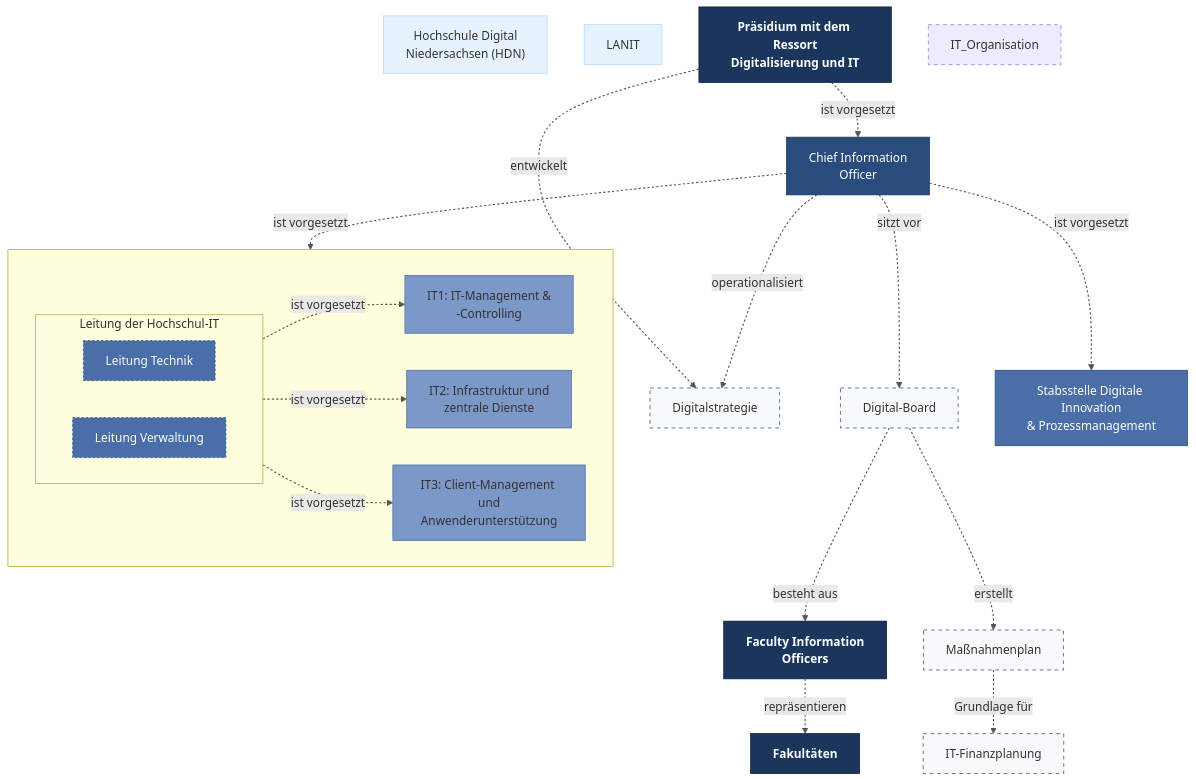
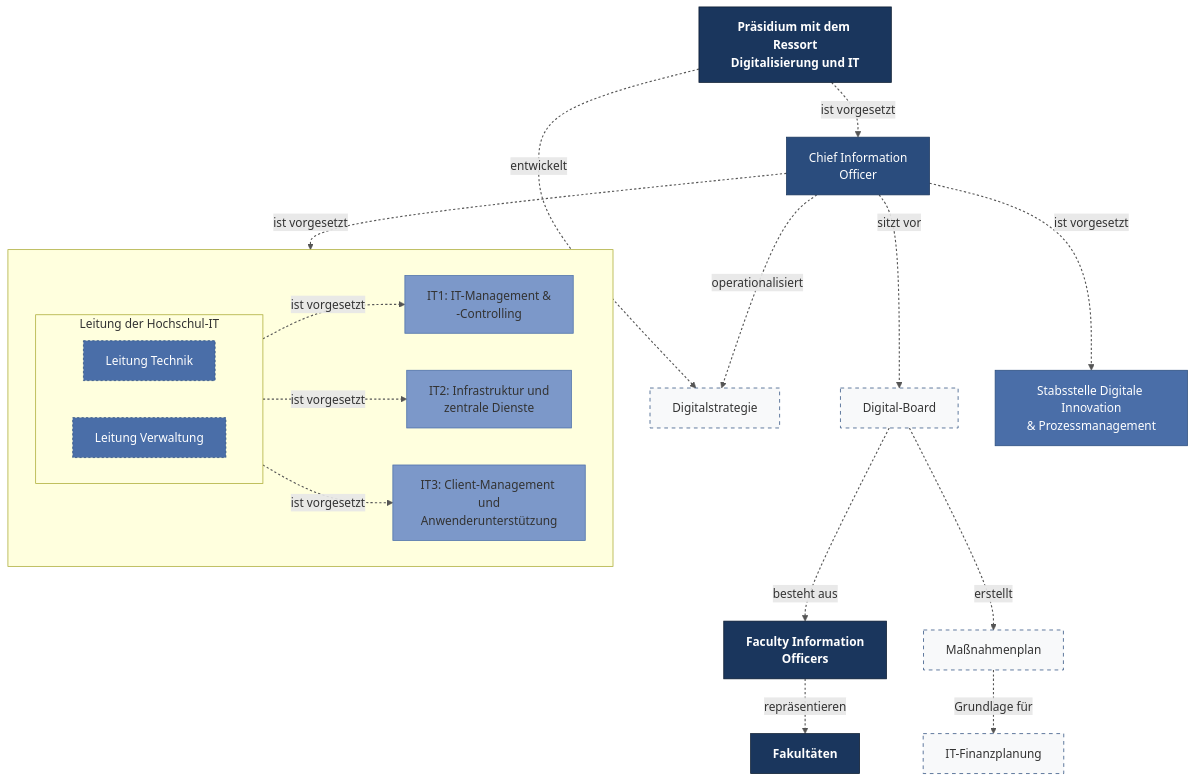
One commit to Hochschule-Hannover/digital-strategie changed the diagram in 20-organisation.mmd. Above: the diagram before and after it, drawn with Mermaid. The commit also changed other lines of this file and 5 other files, not shown here.

```diff
--- a/20-organisation.mmd
+++ b/20-organisation.mmd
@@ -1,114 +1,107 @@
 %%{init: {
   "theme": "dark", 
   "themeVariables": {
     "fontFamily": "'FF Unit Pro', cursive, sans-serif", 
     "fontSize": "20px",
     "primaryColor": "#fafafa",
     "primaryBorderColor": "#333333",
     "background": "#fffdf8",
     "mainBkg": "#fffdf8",
     "lineColor": "#555555",
     "textColor": "#666666"
   }, 
   "flowchart": {
     "diagramPadding": 32, 
     "nodeSpacing": 50, 
     "rankSpacing": 70, 
     "curve": "basis"
   }
 }}%%
 %%{ init: { 'flowchart': { 'curve': 'basis', "defaultRenderer": "dagre" } } }%%
 flowchart TB
     %% Stile für den Handgezeichnet-Look
     linkStyle default stroke:#555555,stroke-width:1.5px,stroke-dasharray: 3 3
-    
-    %% HDN an der Spitze
-    HDN["Hochschule Digital<br/>Niedersachsen (HDN)"]:::ebene0
-    
-    %% LANIT auf gleicher Ebene
-    LANIT["LANIT"]:::ebene0
-    
+   
     %% Präsidium direkt unter HDN
     PraesidiumIT["Präsidium mit dem Ressort<br/>Digitalisierung und IT"]:::ebene1
 
     %% SDIP (Stabsstelle) - zuerst definiert außerhalb
     
     %% CIO - nach SDIP definiert
     CIO["Chief Information<br/>Officer"]:::ebene2
     
     %% Missing definitions
     Digitalstrategie["Digitalstrategie"]:::ebene2_stab
     DigitalBoard["Digital-Board"]:::ebene2_stab
     
     %% Digitalstrategie wird vom Präsidium entwickelt
     PraesidiumIT --> |"entwickelt"| Digitalstrategie
 
         %% Ebene 4 - Ausführende Ebene
         FIOs["Faculty Information<br/>Officers"]:::ebene1
         Massnahmenplan["Maßnahmenplan"]:::ebene2_stab
         Finanzplanung["IT-Finanzplanung"]:::ebene2_stab
 
         %% Verbindungen zu den spezifischen IT-Organisationseinheiten
         DigitalBoard --> |"besteht aus"| FIOs
         DigitalBoard --> |"erstellt"| Massnahmenplan
         FIOs --> |"repräsentieren"| Fakultaeten
         Massnahmenplan --> |"Grundlage für"| Finanzplanung
 
     Fakultaeten["Fakultäten"]:::ebene1
 
     %% Hierarchische Beziehungen
     %% CIO ist der SDIP vorgesetzt
     CIO --> |"ist vorgesetzt"| SDIP
     
     PraesidiumIT --> |"ist vorgesetzt"| CIO
     
     CIO --> |"operationalisiert"| Digitalstrategie
     CIO --> |"sitzt vor"| DigitalBoard
     CIO --> |"ist vorgesetzt"| Dezernatsleitung  
 
     %% SDIP außerhalb der IT-Organisation
     SDIP["Stabsstelle Digitale Innovation<br/>& Prozessmanagement"]:::ebene3
     
     %% SDIP Untereinheiten (auskommentiert)
     %% PMO["Prozessmanagement (PMO)"]:::ebene4
     %% DTO["Digitalisierung (DTO)"]:::ebene4
     %% AIO["KI in der Verwaltung (AIO)"]:::ebene4
 
     %% HochschulIT-Subgraph (nur für Dezernatsleitung und IT-Bereiche)
     subgraph HochschulIT[" "]
             direction LR
             
             subgraph Dezernatsleitung["Leitung der Hochschul-IT"]
                 direction LR
                 Tech["Leitung Technik"]:::ebene3
                 Org["Leitung Verwaltung"]:::ebene3
             end
 
             IT1["IT1: IT-Management &<br/>-Controlling"]:::ebene4
             IT2["IT2: Infrastruktur und<br/>zentrale Dienste"]:::ebene4
             IT3["IT3: Client-Management und<br/>Anwenderunterstützung"]:::ebene4
 
         Dezernatsleitung --> |"ist vorgesetzt"|IT1
         Dezernatsleitung --> |"ist vorgesetzt"|IT2
         Dezernatsleitung --> |"ist vorgesetzt"|IT3
     end
     
     %% SDIP Verbindungen (auskommentiert)
     %% SDIP --> |"umfasst"| PMO
     %% SDIP --> |"umfasst"| DTO
     %% SDIP --> |"umfasst"| AIO
 
     
     %% Professionelle Farbdefinitionen für die hierarchischen Ebenen
     classDef ebene0 fill:#E6F3FF,stroke:#B3D9FF,stroke-width:1px,color:#333333
     classDef ebene1 fill:#1A365D,stroke:#0A1A2F,stroke-width:1px,color:#FFFFFF,font-weight:bold
     classDef ebene2 fill:#2A4C7D,stroke:#1A365D,stroke-width:1px,color:#FFFFFF
     classDef ebene2_alt fill:#8B5A3C,stroke:#5D3A26,stroke-width:1px,color:#FFFFFF
     classDef ebene2_stab fill:#F8F9FA,stroke:#2A4C7D,stroke-width:1px,stroke-dasharray:5 5,color:#333333
     classDef ebene3 fill:#4A6EA8,stroke:#2A4C7D,stroke-width:1px,color:#FFFFFF
     classDef ebene4 fill:#7C98C9,stroke:#4A6EA8,stroke-width:1px,color:#333333
     classDef ebene5 fill:#A8BCDF,stroke:#7C98C9,stroke-width:1px,color:#333333
 
     style Org stroke-dasharray:3 3
     style Tech stroke-dasharray:3 3
-    style IT_Organisation stroke-dasharray:5 5
```
